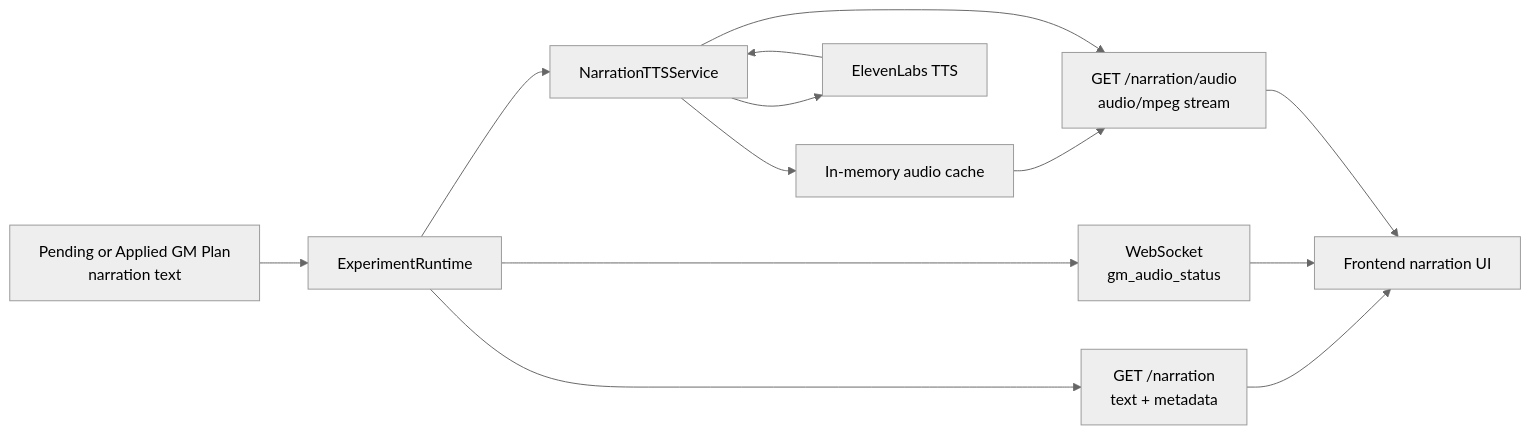
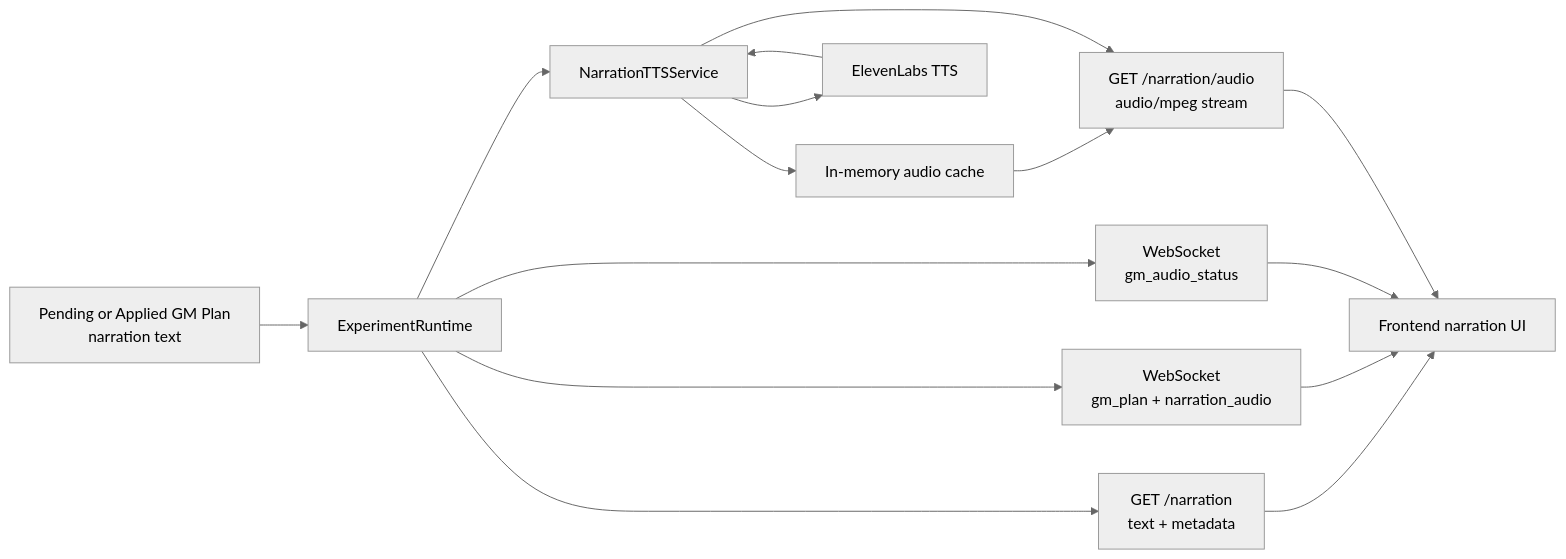
The diagram in docs/AUDIO_NARRATION.md (Gerner-Ventures/the-experiment), drawn with Mermaid (neutral theme) before and after one commit. The commit also changed other lines of this file and 23 other files, not shown here.

First line of the commit message:
fix(simulation): sync narration reveal with audio readiness (#193)

````diff
--- a/docs/AUDIO_NARRATION.md
+++ b/docs/AUDIO_NARRATION.md
@@ -40,15 +41,17 @@
 ```mermaid
 flowchart LR
     GM["Pending or Applied GM Plan<br/>narration text"] --> RT["ExperimentRuntime"]
+    RT --> PLAN["WebSocket<br/>gm_plan + narration_audio"]
     RT --> WS["WebSocket<br/>gm_audio_status"]
     RT --> META["GET /narration<br/>text + metadata"]
     RT --> TTS["NarrationTTSService"]
     TTS --> CACHE["In-memory audio cache"]
     TTS --> EL["ElevenLabs TTS"]
     EL --> TTS
     CACHE --> AUDIO["GET /narration/audio<br/>audio/mpeg stream"]
     TTS --> AUDIO
     META --> FE["Frontend narration UI"]
+    PLAN --> FE
     WS --> FE
     AUDIO --> FE
 ```
````
